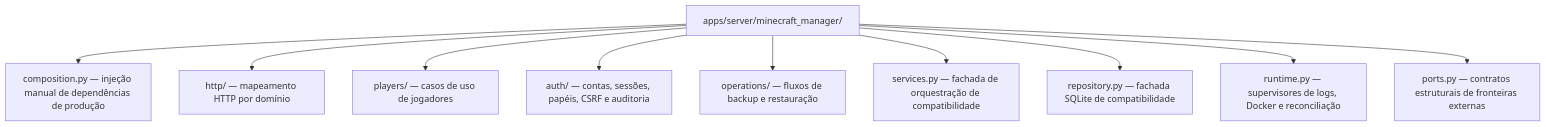
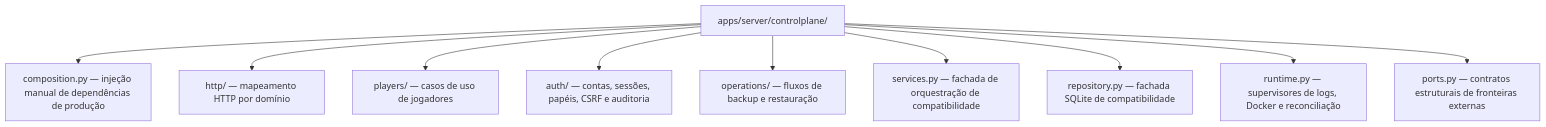
The fourth of 5 diagrams in README.pt-BR.md (dgaramos/craftcontrol), drawn with Mermaid before and after one commit. The commit also changed other lines of this file and 107 other files, not shown here.

````diff
--- a/README.pt-BR.md
+++ b/README.pt-BR.md
@@ -132,12 +132,12 @@
 ```mermaid
 flowchart TD
-    manager["apps/server/minecraft_manager/"] --> composition["composition.py — injeção manual de dependências de produção"]
+    manager["apps/server/controlplane/"] --> composition["composition.py — injeção manual de dependências de produção"]
     manager --> http["http/ — mapeamento HTTP por domínio"]
     manager --> players["players/ — casos de uso de jogadores"]
     manager --> auth["auth/ — contas, sessões, papéis, CSRF e auditoria"]
     manager --> operations["operations/ — fluxos de backup e restauração"]
     manager --> services["services.py — fachada de orquestração de compatibilidade"]
     manager --> repository["repository.py — fachada SQLite de compatibilidade"]
     manager --> runtime["runtime.py — supervisores de logs, Docker e reconciliação"]
     manager --> ports["ports.py — contratos estruturais de fronteiras externas"]
 ```
````
